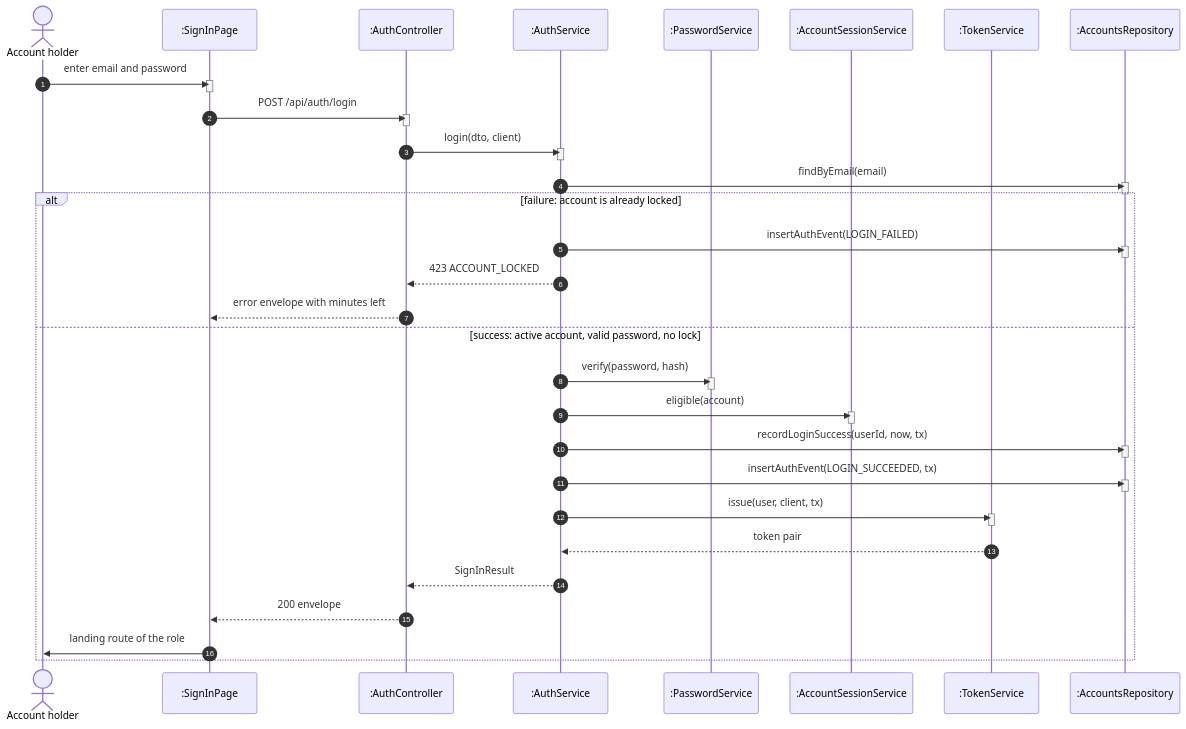
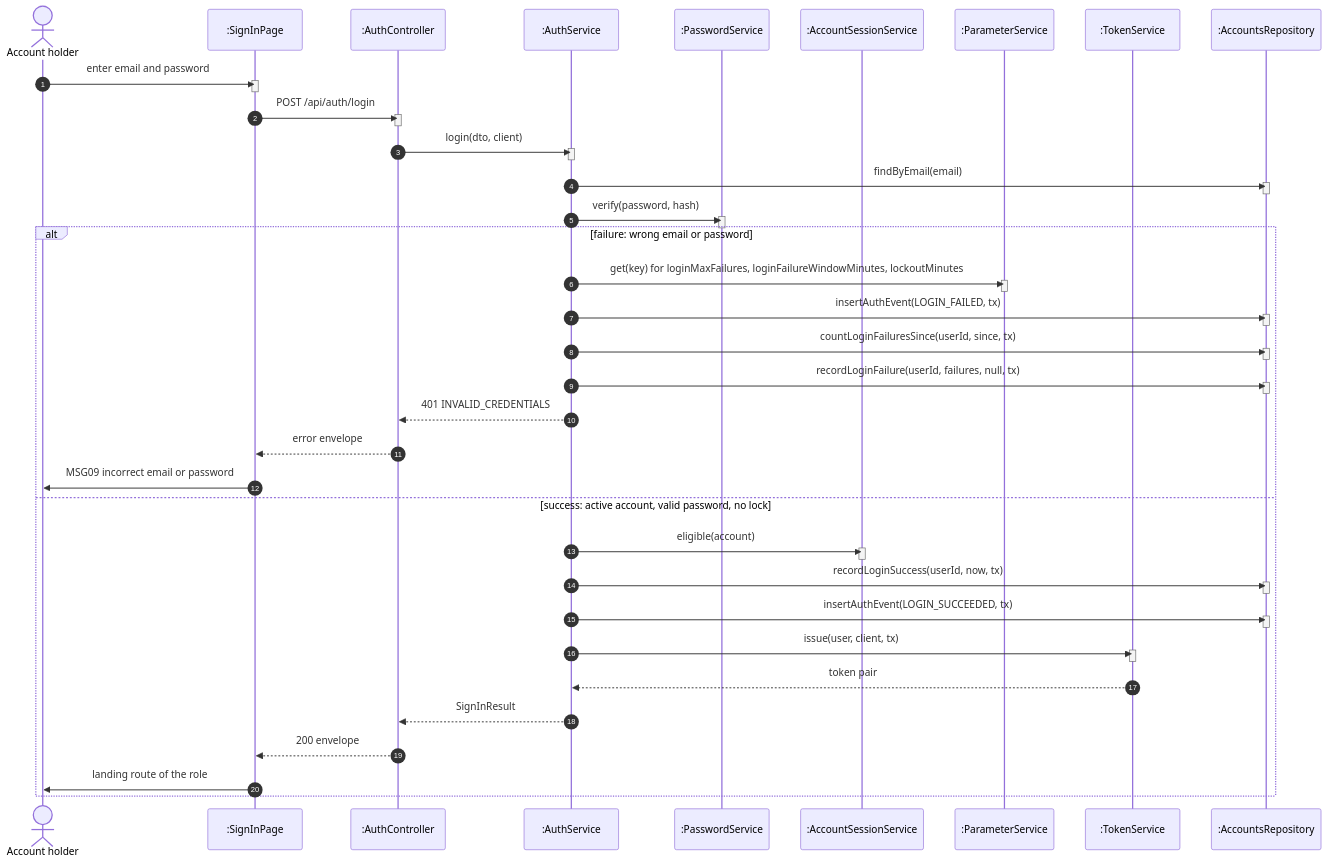
Before and after one commit to TrekLink-Team/treklink-web: the eighth of 12 diagrams in specs/auth/design.md, drawn with Mermaid. The commit also changed other lines of this file, not shown here.

Commit message:
docs: draw the wrong-credentials lane in the UC-08 sequence
Review of capstone#4 (item 5): the UC-08 sequence named an already locked
account as its failure, which the SRS does not have, and never called the
countLoginFailuresSince and recordLoginFailure operations its class panel
declares. The failure lane is now wrong credentials, 401
INVALID_CREDENTIALS with MSG09 as in SRS UC-08, through the parameters,
the LOGIN_FAILED event, the failure count and its record. The lockout,
the already locked account, an unknown email and an ineligible account
move to the caption, each as AuthService does it.

Checksum: 6916a7246e2a3c3a98c32cec83b0b82bea954b150bb5a6a617364210a61b1a812b

````diff
--- a/specs/auth/design.md
+++ b/specs/auth/design.md
@@ -387,51 +387,62 @@
 ```mermaid
 sequenceDiagram
     autonumber
     actor U as Account holder
     participant P as :SignInPage
     participant C as :AuthController
     participant S as :AuthService
     participant Pw as :PasswordService
     participant Se as :AccountSessionService
+    participant Pm as :ParameterService
     participant T as :TokenService
     participant R as :AccountsRepository
     U->>P: enter email and password
     activate P
     deactivate P
     P->>C: POST /api/auth/login
     activate C
     deactivate C
     C->>S: login(dto, client)
     activate S
     deactivate S
     S->>R: findByEmail(email)
     activate R
     deactivate R
-    alt failure: account is already locked
-        S->>R: insertAuthEvent(LOGIN_FAILED)
+    S->>Pw: verify(password, hash)
+    activate Pw
+    deactivate Pw
+    alt failure: wrong email or password
+        S->>Pm: get(key) for loginMaxFailures, loginFailureWindowMinutes, lockoutMinutes
+        activate Pm
+        deactivate Pm
+        S->>R: insertAuthEvent(LOGIN_FAILED, tx)
         activate R
         deactivate R
-        S-->>C: 423 ACCOUNT_LOCKED
-        C-->>P: error envelope with minutes left
+        S->>R: countLoginFailuresSince(userId, since, tx)
+        activate R
+        deactivate R
+        S->>R: recordLoginFailure(userId, failures, null, tx)
+        activate R
+        deactivate R
+        S-->>C: 401 INVALID_CREDENTIALS
+        C-->>P: error envelope
+        P->>U: MSG09 incorrect email or password
     else success: active account, valid password, no lock
-        S->>Pw: verify(password, hash)
-        activate Pw
-        deactivate Pw
         S->>Se: eligible(account)
         activate Se
         deactivate Se
         S->>R: recordLoginSuccess(userId, now, tx)
         activate R
         deactivate R
         S->>R: insertAuthEvent(LOGIN_SUCCEEDED, tx)
         activate R
         deactivate R
         S->>T: issue(user, client, tx)
         activate T
         deactivate T
         T-->>S: token pair
         S-->>C: SignInResult
         C-->>P: 200 envelope
         P->>U: landing route of the role
     end
 ```
````
